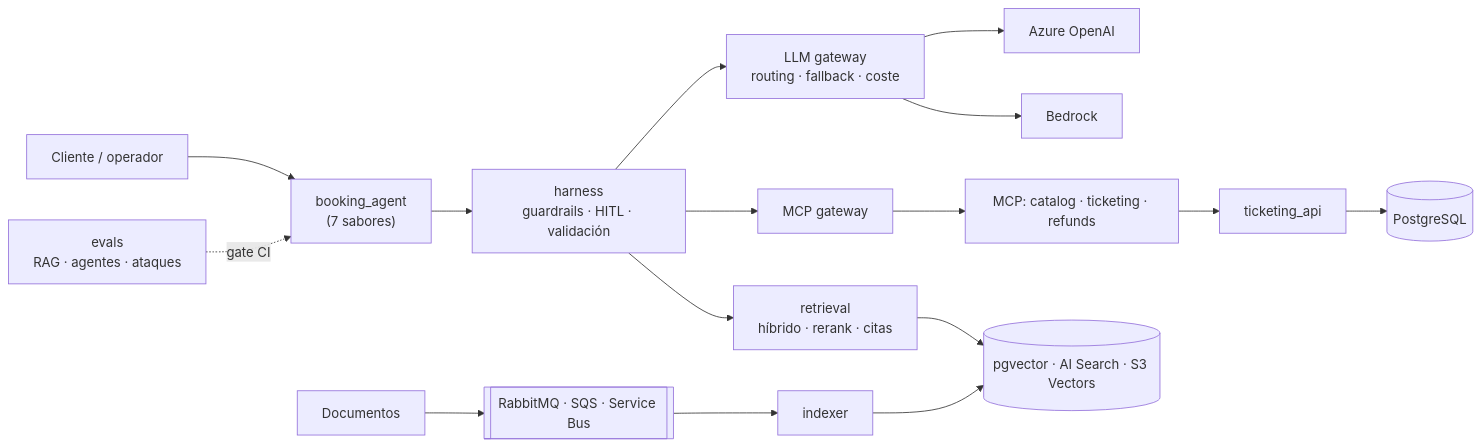
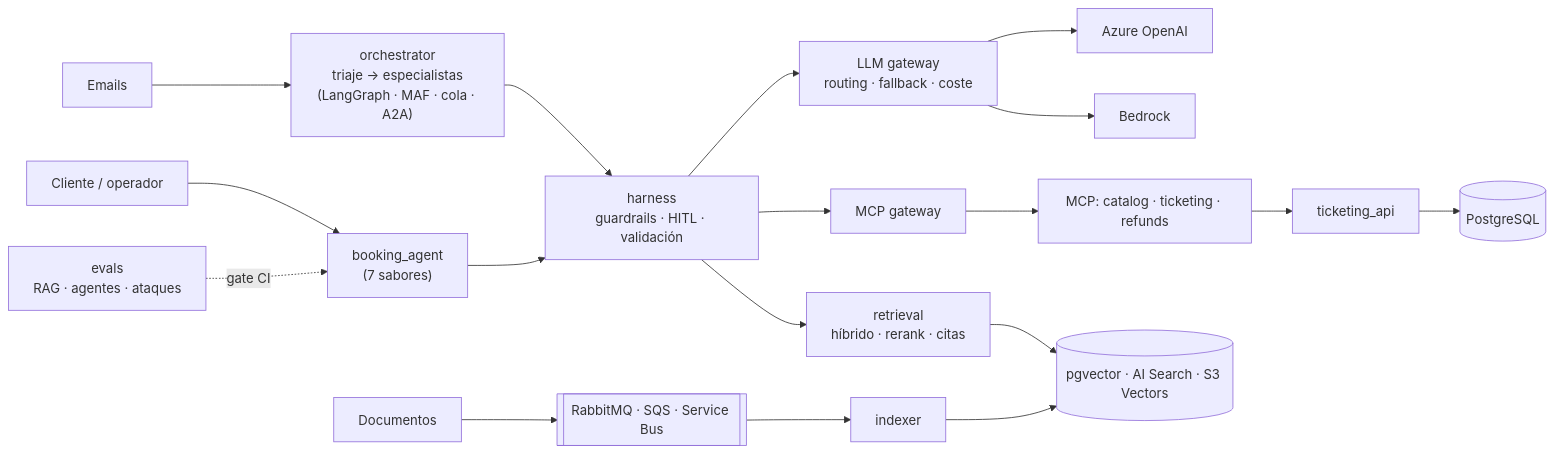
One commit to SergioVelmay/GenAI_PoCs changed the diagram in README.md. Above: the diagram before and after it, drawn with Mermaid. The commit also changed other lines of this file and 17 other files, not shown here.

````diff
--- a/README.md
+++ b/README.md
@@ -13,13 +13,15 @@
 ```mermaid
 flowchart LR
   U[Cliente / operador] --> AG["booking_agent<br/>(7 sabores)"]
+  EM[Emails] --> OR["orchestrator<br/>triaje → especialistas<br/>(LangGraph · MAF · cola · A2A)"]
+  OR --> H
   AG --> H["harness<br/>guardrails · HITL · validación"]
   H --> GW["LLM gateway<br/>routing · fallback · coste"]
   GW --> AZ[Azure OpenAI]
   GW --> BR[Bedrock]
   H --> MCPG["MCP gateway"] --> MCP["MCP: catalog · ticketing · refunds"]
   MCP --> API["ticketing_api"] --> PG[(PostgreSQL)]
   H --> RET["retrieval<br/>híbrido · rerank · citas"] --> VS[(pgvector · AI Search · S3 Vectors)]
   SRC[Documentos] --> Q[[RabbitMQ · SQS · Service Bus]] --> IDX[indexer] --> VS
   EV["evals<br/>RAG · agentes · ataques"] -.gate CI.-> AG
 ```
````
